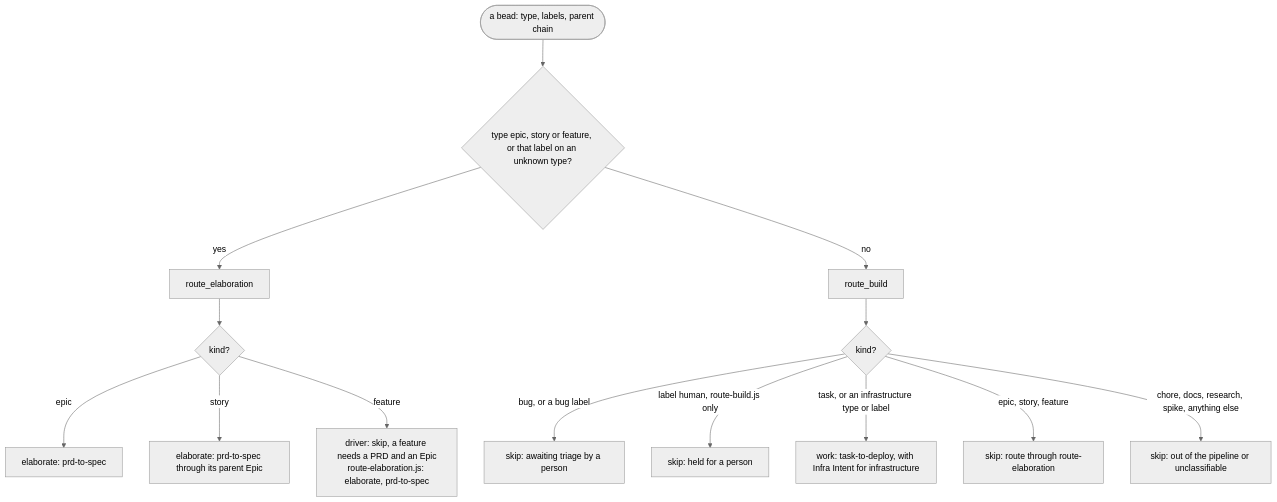
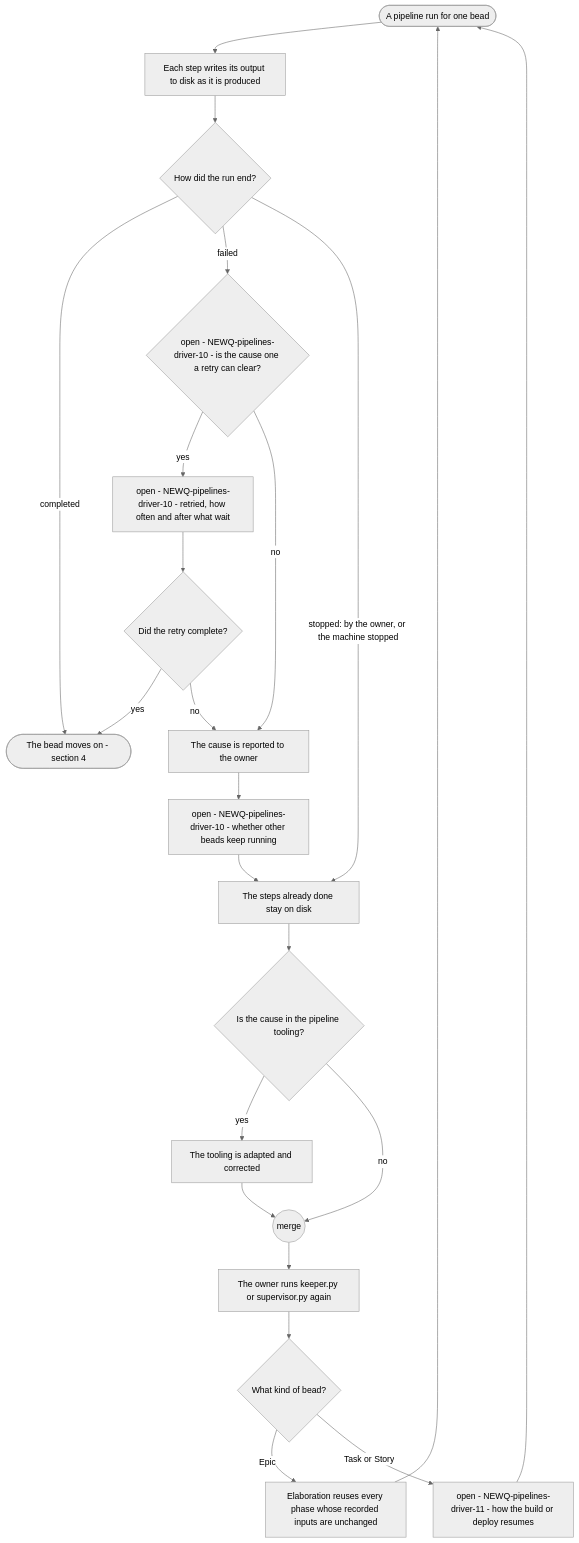
The seventh of 8 diagrams in plugins/agent-teams-workforce/blueprint/design/pipelines-driver.md (mark-satterfield/toolset), drawn with Mermaid (neutral theme) before and after one commit. The commit also changed other lines of this file and 1 other file, not shown here.

First line of the commit message:
docs(blueprint): start the pipeline overview and driver diagrams at keeper.py and supervisor.py

````diff
--- a/plugins/agent-teams-workforce/blueprint/design/pipelines-driver.md
+++ b/plugins/agent-teams-workforce/blueprint/design/pipelines-driver.md
@@ -282,16 +292,25 @@
 ```mermaid
 flowchart TD
-  A(["a bead: type, labels, parent chain"]) --> T{"type epic, story or feature, or that label on an unknown type?"}
-  T -->|"yes"| RE["route_elaboration"]
-  T -->|"no"| RB["route_build"]
-  RE --> RE1{"kind?"}
-  RE1 -->|"epic"| PS["elaborate: prd-to-spec"]
-  RE1 -->|"story"| PS2["elaborate: prd-to-spec through its parent Epic"]
-  RE1 -->|"feature"| FS["driver: skip, a feature needs a PRD and an Epic<br/>route-elaboration.js: elaborate, prd-to-spec"]
-  RB --> RB1{"kind?"}
-  RB1 -->|"bug, or a bug label"| SB["skip: awaiting triage by a person"]
-  RB1 -->|"label human, route-build.js only"| SH["skip: held for a person"]
-  RB1 -->|"task, or an infrastructure type or label"| TD["work: task-to-deploy, with Infra Intent for infrastructure"]
-  RB1 -->|"epic, story, feature"| SE["skip: route through route-elaboration"]
-  RB1 -->|"chore, docs, research, spike, anything else"| SO["skip: out of the pipeline or unclassifiable"]
+    s(["A pipeline run for one bead"]) --> work["Each step writes its output to disk as it is produced"]
+    work --> res{"How did the run end?"}
+    res -->|"completed"| done(["The bead moves on - section 4"])
+    res -->|"failed"| kindF{"open - NEWQ-pipelines-driver-10 - is the cause one a retry can clear?"}
+    res -->|"stopped: by the owner, or the machine stopped"| kept
+    kindF -->|"yes"| retry["open - NEWQ-pipelines-driver-10 - retried, how often and after what wait"]
+    kindF -->|"no"| report["The cause is reported to the owner"]
+    retry --> again{"Did the retry complete?"}
+    again -->|"yes"| done
+    again -->|"no"| report
+    report --> others["open - NEWQ-pipelines-driver-10 - whether other beads keep running"]
+    others --> kept["The steps already done stay on disk"]
+    kept --> fixT{"Is the cause in the pipeline tooling?"}
+    fixT -->|"yes"| adapt["The tooling is adapted and corrected"]
+    fixT -->|"no"| m(("merge"))
+    adapt --> m
+    m --> owner["The owner runs keeper.py or supervisor.py again"]
+    owner --> resume{"What kind of bead?"}
+    resume -->|"Epic"| reuseE["Elaboration reuses every phase whose recorded inputs are unchanged"]
+    resume -->|"Task or Story"| reuseTS["open - NEWQ-pipelines-driver-11 - how the build or deploy resumes"]
+    reuseE --> s
+    reuseTS --> s
 ```
````
